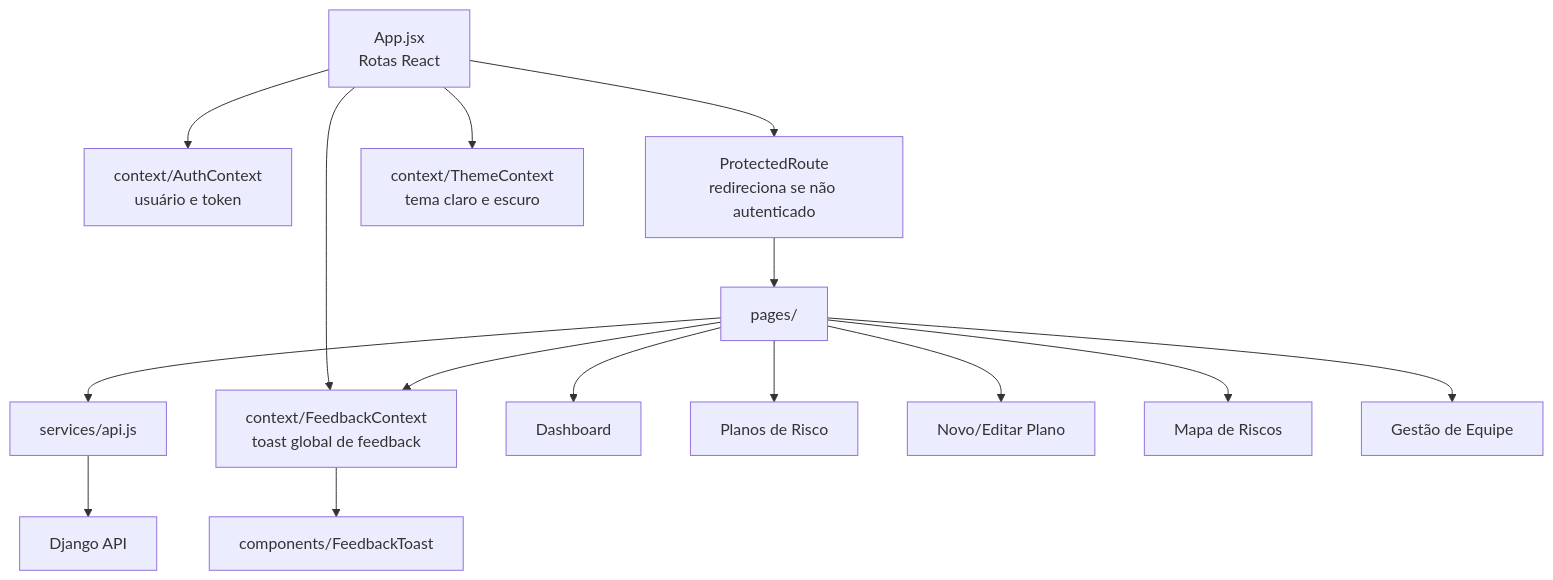
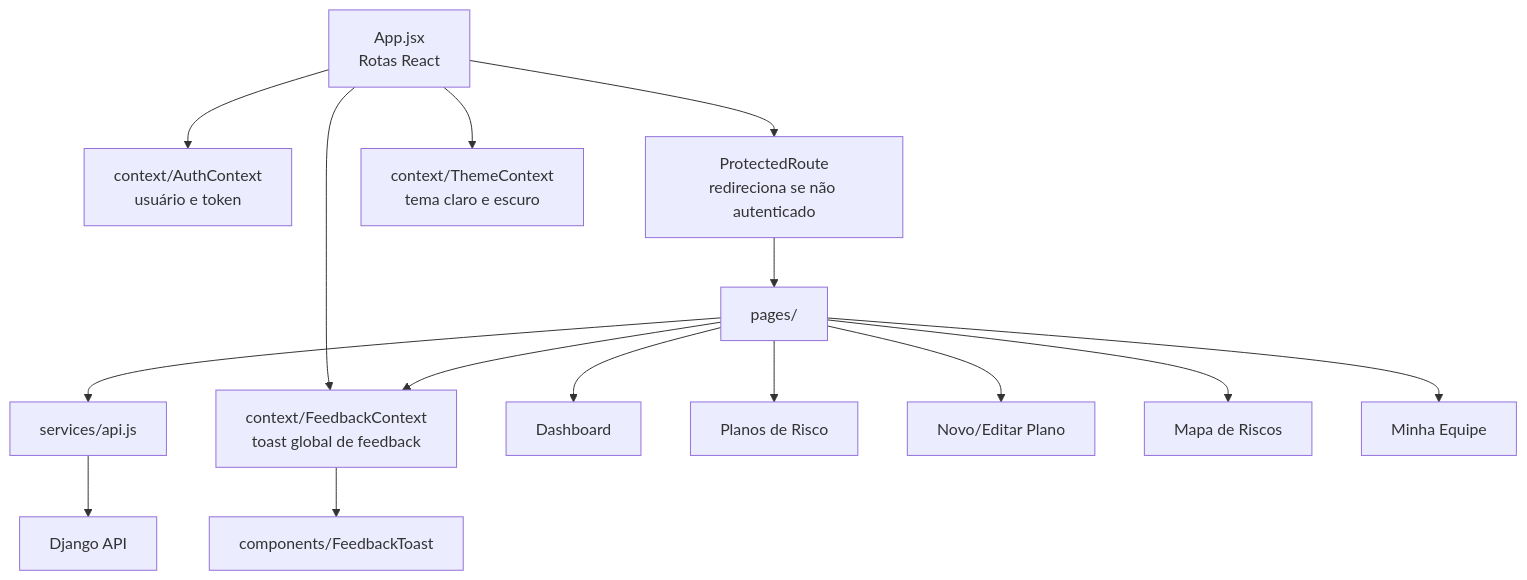
Before and after one commit to CTISM-Prof-Henry/software-formularios-mirai-tech: the third of 3 diagrams in docs/arquitetura.md, drawn with Mermaid. The commit also changed other lines of this file and 5 other files, not shown here.

````diff
--- a/docs/arquitetura.md
+++ b/docs/arquitetura.md
@@ -244,20 +257,20 @@
 ```mermaid
 flowchart TD
     App["App.jsx\nRotas React"] --> Auth["context/AuthContext\nusuário e token"]
     App --> ProtectedRoute["ProtectedRoute\nredireciona se não autenticado"]
     App --> ThemeCtx["context/ThemeContext\ntema claro e escuro"]
     App --> FeedbackCtx["context/FeedbackContext\ntoast global de feedback"]
 
     ProtectedRoute --> Pages["pages/"]
     Pages --> Api["services/api.js"]
     Pages --> FeedbackCtx
     Api --> Backend["Django API"]
 
     Pages --> Dashboard["Dashboard"]
     Pages --> Planos["Planos de Risco"]
     Pages --> NovoPlano["Novo/Editar Plano"]
     Pages --> Mapa["Mapa de Riscos"]
-    Pages --> Equipe["Gestão de Equipe"]
+    Pages --> Equipe["Minha Equipe"]
 
     FeedbackCtx --> Toast["components/FeedbackToast"]
 ```
````
